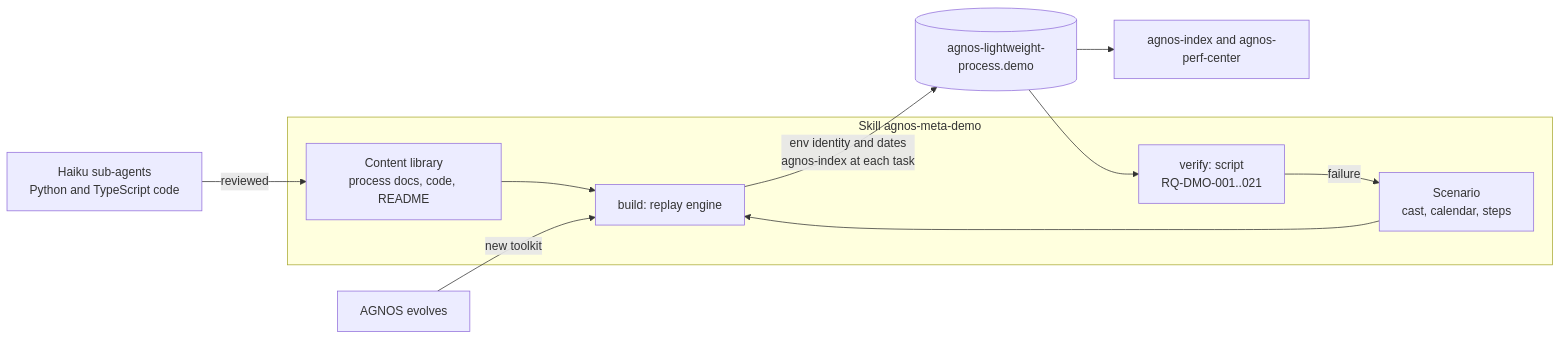
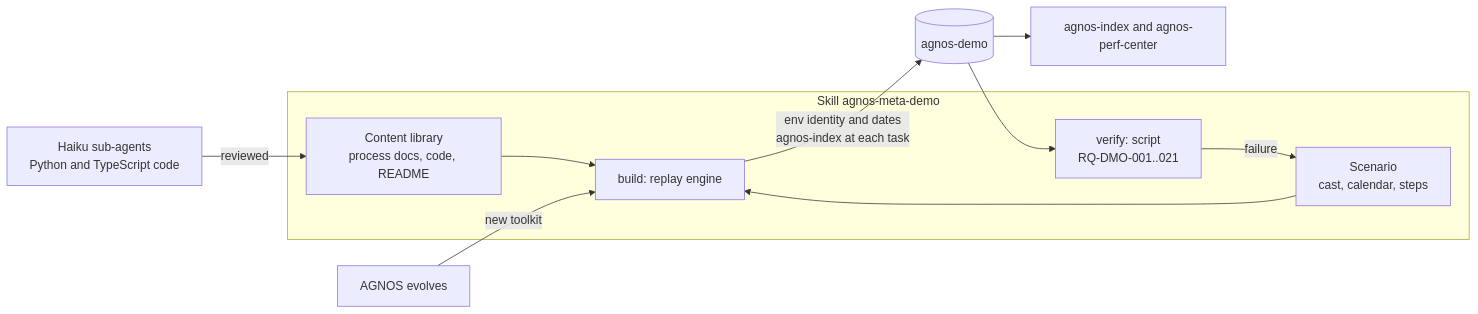
One commit to spashx/agnos changed the diagram in agnos-process/2.architecture/ADR-DMO-001-scripted-replay-of-a-simulated-project.md. Above: the diagram before and after it, drawn with Mermaid. The commit also changed 14 other files, not shown here.

Commit message:
docs(QLT): ADR-DMO-001/TASK-QLT-010 old repository name replaced by agnos-demo in live skills and documents

````diff
--- a/agnos-process/2.architecture/ADR-DMO-001-scripted-replay-of-a-simulated-project.md
+++ b/agnos-process/2.architecture/ADR-DMO-001-scripted-replay-of-a-simulated-project.md
@@ -116,17 +116,17 @@
 ```mermaid
 flowchart LR
   subgraph SKILL[Skill agnos-meta-demo]
     LIB[Content library<br/>process docs, code, README]
     SCN[Scenario<br/>cast, calendar, steps]
     GEN[build: replay engine]
     VER[verify: script<br/>RQ-DMO-001..021]
   end
   LIB --> GEN
   SCN --> GEN
   HAI[Haiku sub-agents<br/>Python and TypeScript code] -->|reviewed| LIB
-  GEN -->|env identity and dates<br/>agnos-index at each task| DEMO[(agnos-lightweight-process.demo)]
+  GEN -->|env identity and dates<br/>agnos-index at each task| DEMO[(agnos-demo)]
   DEMO --> VER
   DEMO --> TR[agnos-index and agnos-perf-center]
   VER -->|failure| SCN
   AGNOS[AGNOS evolves] -->|new toolkit| GEN
 ```
````
